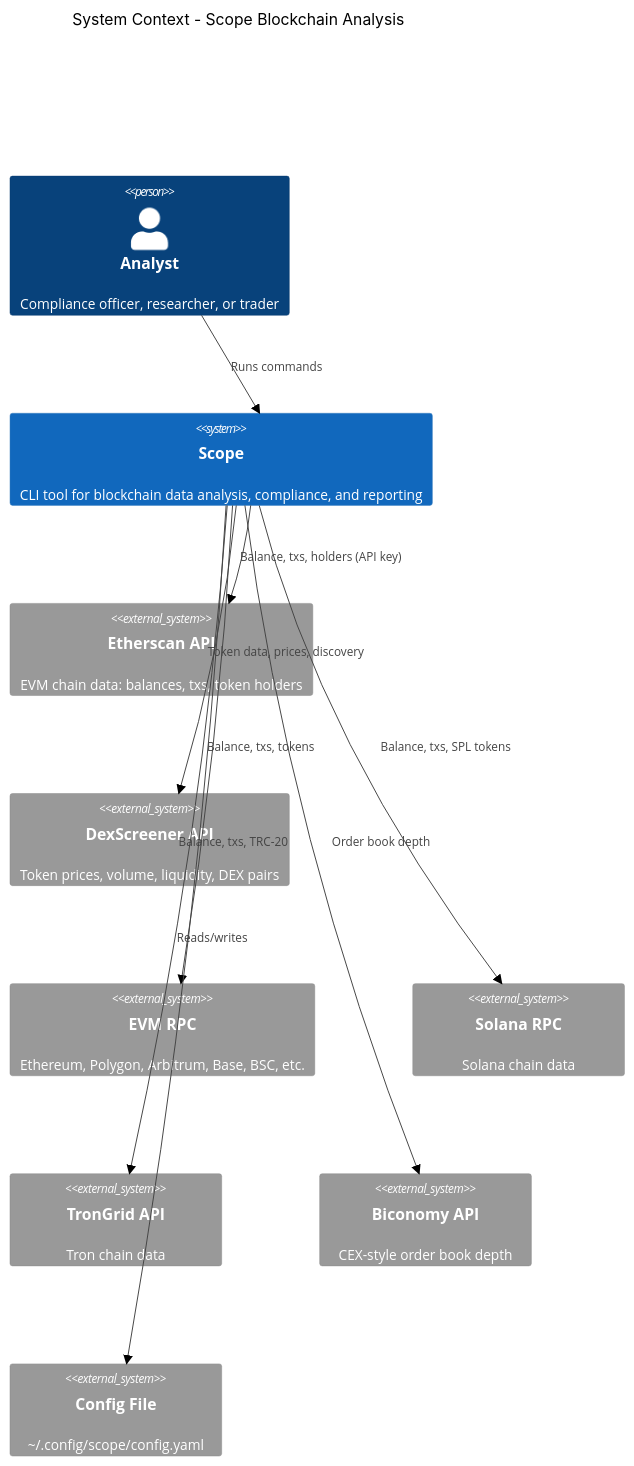
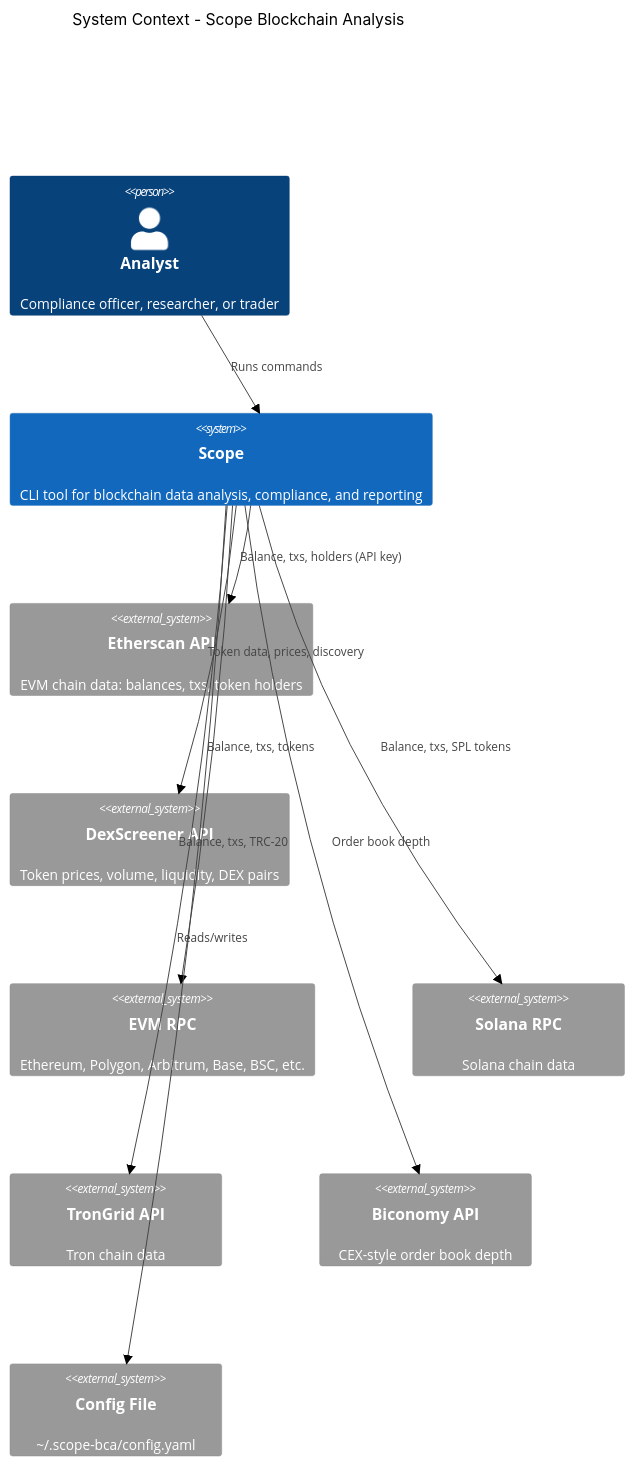
One commit to robot-accomplice/scope-blockchain-analysis changed the diagram in docs/architecture/c4-context.md. Above: the diagram before and after it, drawn with Mermaid (neutral theme). The commit also changed 18 other files, not shown here.

First line of the commit message:
docs: scope files are in ~/.scope-bca

````diff
--- a/docs/architecture/c4-context.md
+++ b/docs/architecture/c4-context.md
@@ -5,25 +5,25 @@
 ```mermaid
 C4Context
     title System Context - Scope Blockchain Analysis
 
     Person(analyst, "Analyst", "Compliance officer, researcher, or trader")
 
     System(scope, "Scope", "CLI tool for blockchain data analysis, compliance, and reporting")
 
     System_Ext(etherscan, "Etherscan API", "EVM chain data: balances, txs, token holders")
     System_Ext(dexscreener, "DexScreener API", "Token prices, volume, liquidity, DEX pairs")
     System_Ext(rpc_evm, "EVM RPC", "Ethereum, Polygon, Arbitrum, Base, BSC, etc.")
     System_Ext(rpc_solana, "Solana RPC", "Solana chain data")
     System_Ext(trongrid, "TronGrid API", "Tron chain data")
     System_Ext(biconomy, "Biconomy API", "CEX-style order book depth")
-    System_Ext(config, "Config File", "~/.config/scope/config.yaml")
+    System_Ext(config, "Config File", "~/.scope-bca/config.yaml")
 
     Rel(analyst, scope, "Runs commands")
     Rel(scope, etherscan, "Balance, txs, holders (API key)")
     Rel(scope, dexscreener, "Token data, prices, discovery")
     Rel(scope, rpc_evm, "Balance, txs, tokens")
     Rel(scope, rpc_solana, "Balance, txs, SPL tokens")
     Rel(scope, trongrid, "Balance, txs, TRC-20")
     Rel(scope, biconomy, "Order book depth")
     Rel(scope, config, "Reads/writes")
 ```
````
